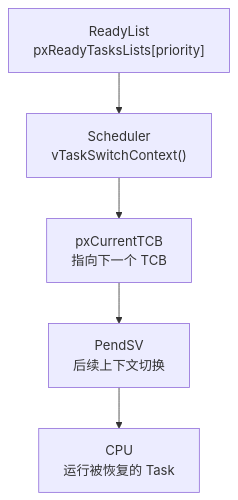
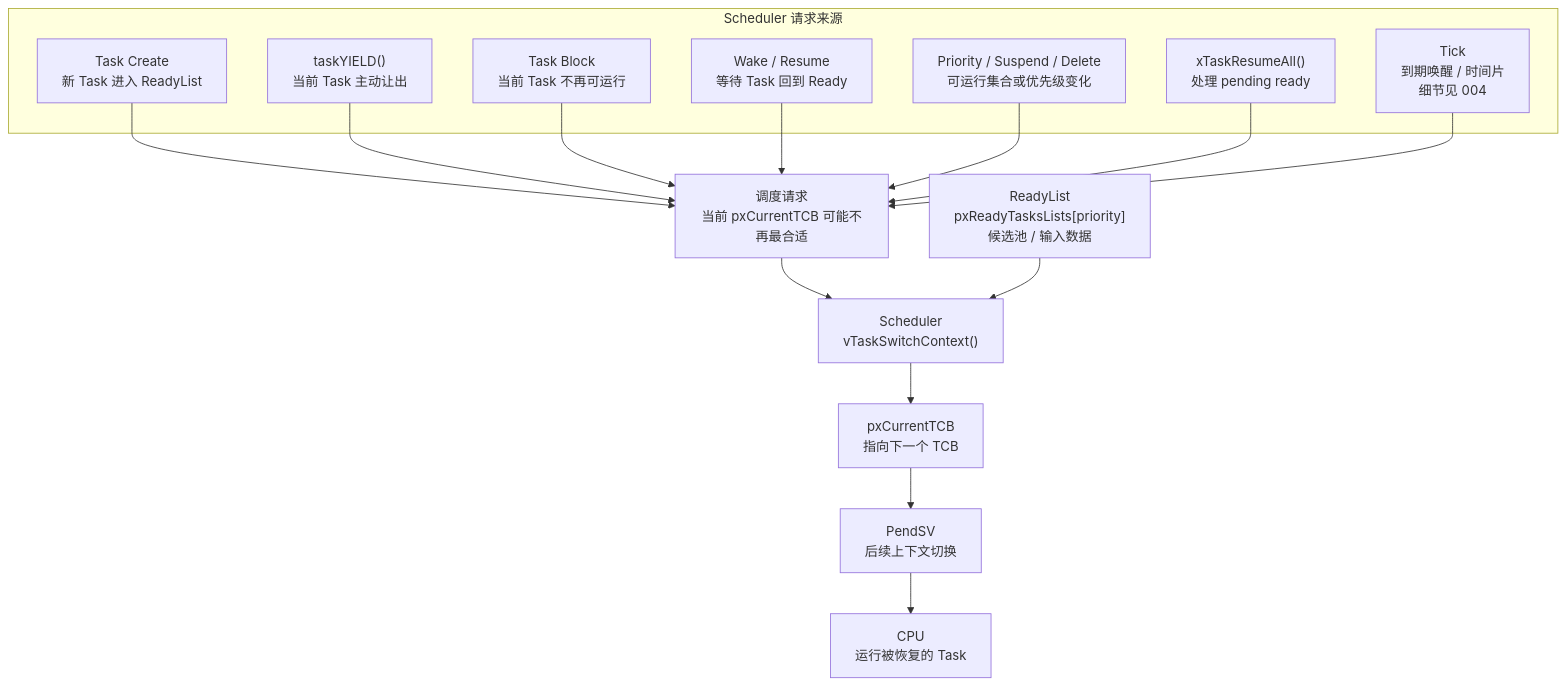
Before and after one commit to redamacy/embedded-system-notes: the first of 9 diagrams in RTOS/003_FreeRTOS_Scheduler_ReadyList_Deep_Dive.md, drawn with Mermaid. The commit also changed other lines of this file, not shown here.

Commit message:
docs: clarify scheduler request overview

````diff
--- a/RTOS/003_FreeRTOS_Scheduler_ReadyList_Deep_Dive.md
+++ b/RTOS/003_FreeRTOS_Scheduler_ReadyList_Deep_Dive.md
@@ -12,7 +12,26 @@
 ```mermaid
 flowchart TD
-    A["ReadyList<br/>pxReadyTasksLists[priority]"] --> B["Scheduler<br/>vTaskSwitchContext()"]
+    subgraph REQ["Scheduler 请求来源"]
+        R1["Task Create<br/>新 Task 进入 ReadyList"]
+        R2["taskYIELD()<br/>当前 Task 主动让出"]
+        R3["Task Block<br/>当前 Task 不再可运行"]
+        R4["Wake / Resume<br/>等待 Task 回到 Ready"]
+        R5["Priority / Suspend / Delete<br/>可运行集合或优先级变化"]
+        R6["xTaskResumeAll()<br/>处理 pending ready"]
+        R7["Tick<br/>到期唤醒 / 时间片<br/>细节见 004"]
+    end
+
+    R1 --> Q["调度请求<br/>当前 pxCurrentTCB 可能不再最合适"]
+    R2 --> Q
+    R3 --> Q
+    R4 --> Q
+    R5 --> Q
+    R6 --> Q
+    R7 --> Q
+
+    Q --> B["Scheduler<br/>vTaskSwitchContext()"]
+    A["ReadyList<br/>pxReadyTasksLists[priority]<br/>候选池 / 输入数据"] --> B
     B --> C["pxCurrentTCB<br/>指向下一个 TCB"]
     C --> D["PendSV<br/>后续上下文切换"]
     D --> E["CPU<br/>运行被恢复的 Task"]
 ```
````
